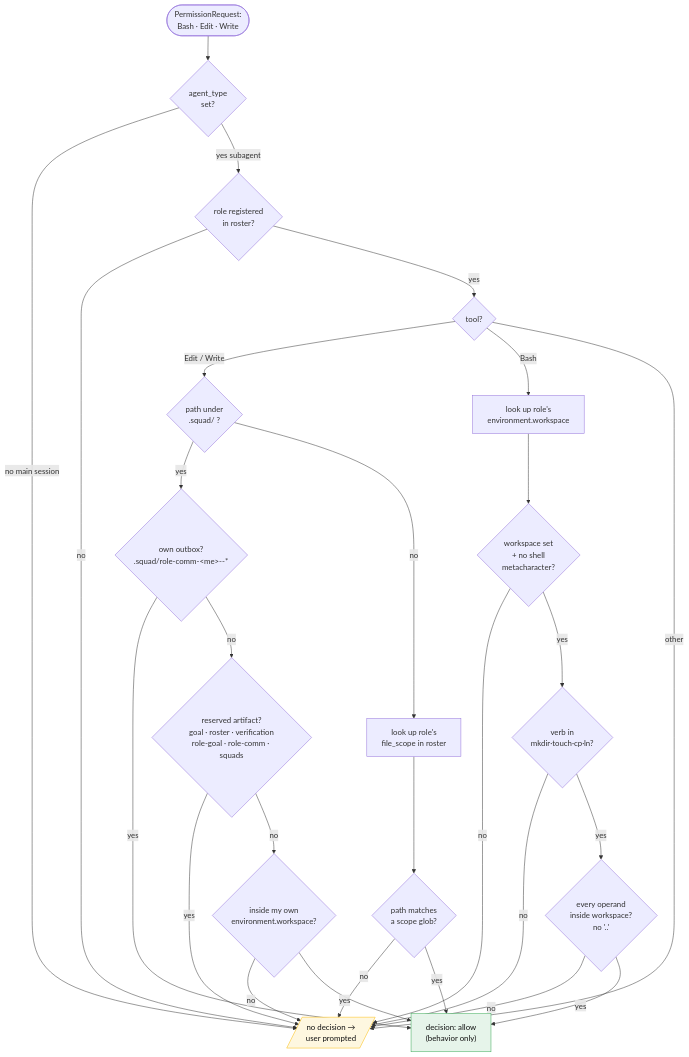
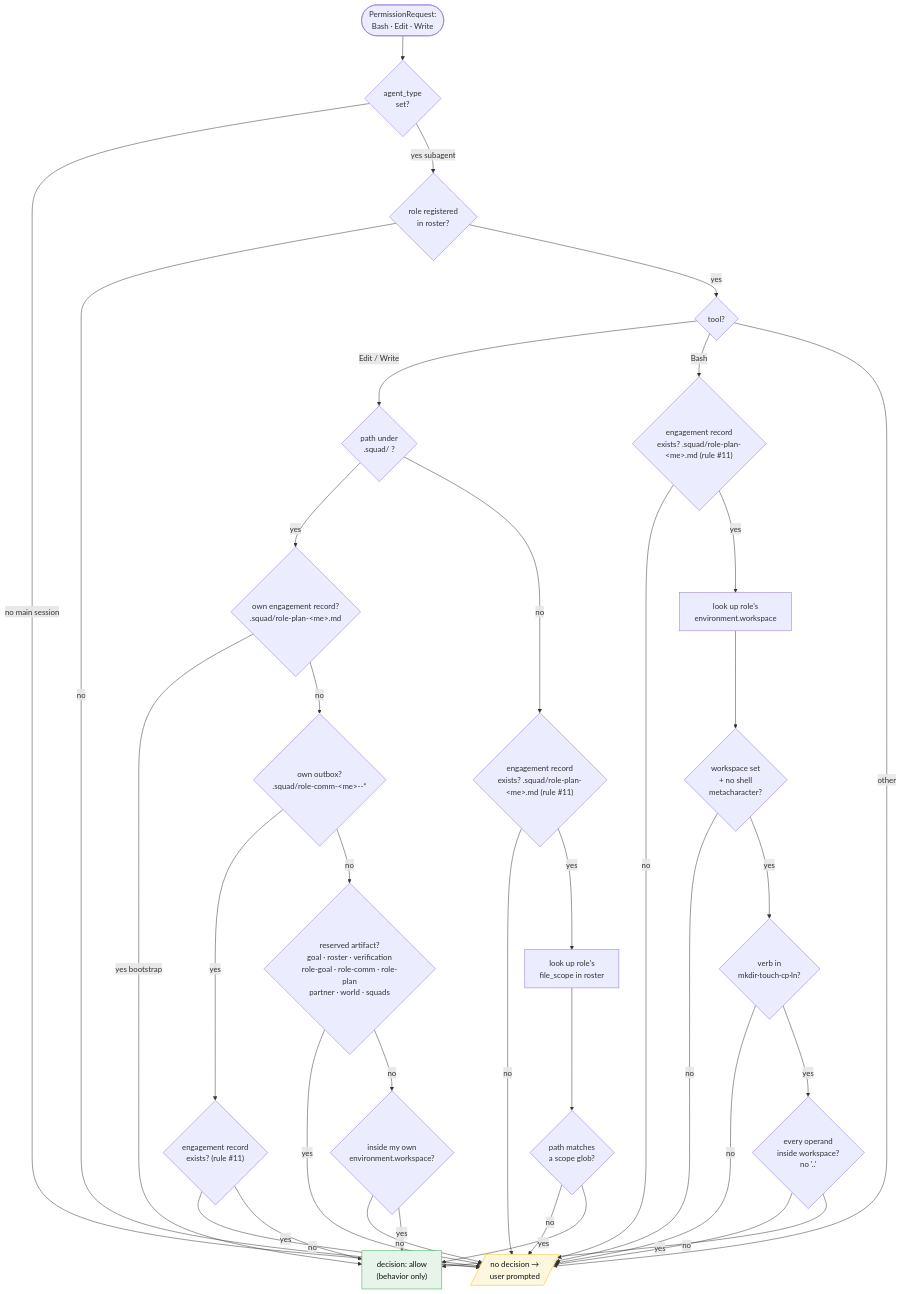
Before and after one commit to cheeky-amit/cheeky-squad-os: the sixth of 12 diagrams in LOGIC.md, drawn with Mermaid. The commit also changed other lines of this file and 18 other files, not shown here.

First line of the commit message:
feat: legibility — the engagement record (hard rule #11) (#13)

````diff
--- a/LOGIC.md
+++ b/LOGIC.md
@@ -345,34 +350,42 @@
 ```mermaid
 flowchart TD
     P0([PermissionRequest:<br/>Bash · Edit · Write]) --> P1{agent_type<br/>set?}
     P1 -->|no main session| DEFER[/no decision →<br/>user prompted/]
     P1 -->|yes subagent| P1a{role registered<br/>in roster?}
     P1a -->|no| DEFER
     P1a -->|yes| P2{tool?}
     P2 -->|Edit / Write| R1{path under<br/>.squad/ ?}
-    R1 -->|yes| R2{"own outbox?<br/>.squad/role-comm-&lt;me&gt;--*"}
-    R2 -->|yes| ALLOW["decision: allow<br/>(behavior only)"]
-    R2 -->|no| R3{reserved artifact?<br/>goal · roster · verification<br/>role-goal · role-comm · squads}
+    R1 -->|yes| R1a{"own engagement record?<br/>.squad/role-plan-&lt;me&gt;.md"}
+    R1a -->|yes bootstrap| ALLOW["decision: allow<br/>(behavior only)"]
+    R1a -->|no| R2{"own outbox?<br/>.squad/role-comm-&lt;me&gt;--*"}
+    R2 -->|yes| PG0{"engagement record<br/>exists? (rule #11)"}
+    PG0 -->|no| DEFER
+    PG0 -->|yes| ALLOW
+    R2 -->|no| R3{reserved artifact?<br/>goal · roster · verification<br/>role-goal · role-comm · role-plan<br/>partner · world · squads}
     R3 -->|yes| DEFER
     R3 -->|no| R4{inside my own<br/>environment.workspace?}
     R4 -->|no| DEFER
     R4 -->|yes| ALLOW
-    R1 -->|no| P3[look up role's<br/>file_scope in roster]
+    R1 -->|no| PG1{"engagement record<br/>exists? .squad/role-plan-<br/>&lt;me&gt;.md (rule #11)"}
+    PG1 -->|no| DEFER
+    PG1 -->|yes| P3[look up role's<br/>file_scope in roster]
     P3 --> P4{path matches<br/>a scope glob?}
     P4 -->|no| DEFER
     P4 -->|yes| ALLOW
-    P2 -->|Bash| B1[look up role's<br/>environment.workspace]
+    P2 -->|Bash| PG2{"engagement record<br/>exists? .squad/role-plan-<br/>&lt;me&gt;.md (rule #11)"}
+    PG2 -->|no| DEFER
+    PG2 -->|yes| B1[look up role's<br/>environment.workspace]
     B1 --> B2{workspace set<br/>+ no shell<br/>metacharacter?}
     B2 -->|no| DEFER
     B2 -->|yes| B3{verb in<br/>mkdir·touch·cp·ln?}
     B3 -->|no| DEFER
     B3 -->|yes| B4{every operand<br/>inside workspace?<br/>no '..'}
     B4 -->|no| DEFER
     B4 -->|yes| ALLOW
     P2 -->|other| DEFER
 
     classDef ok fill:#e6f4ea,stroke:#34a853,color:#111;
     classDef neu fill:#fef7e0,stroke:#fbbc04,color:#111;
     class ALLOW ok;
     class DEFER neu;
 ```
````
